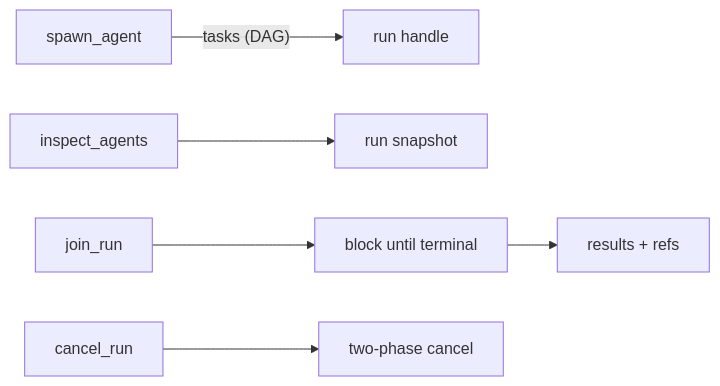
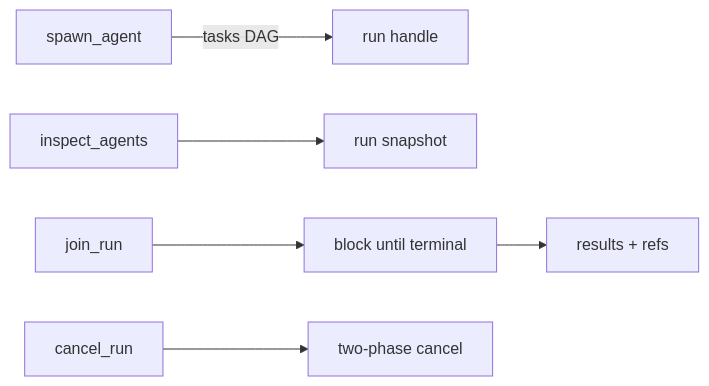
The diagram in README.md (MiviaLabs/mivia-agent), drawn with Mermaid before and after one commit. The commit also changed other lines of this file, not shown here.

````diff
--- a/README.md
+++ b/README.md
@@ -130,8 +134,8 @@
 ```mermaid
 flowchart LR
-    spawn_agent -->|"tasks (DAG)"| run_handle["run handle"]
-    inspect_agents --> run_snapshot["run snapshot"]
-    join_run --> block_until["block until terminal"]
-    block_until --> results["results + refs"]
-    cancel_run --> two_phase["two-phase cancel"]
+    spawn_agent -->|"tasks DAG"| run_handle["run handle"]
+    inspect_agents --> snapshot["run snapshot"]
+    join_run --> block["block until terminal"]
+    block --> results["results + refs"]
+    cancel_run --> cancel["two-phase cancel"]
 ```
````
